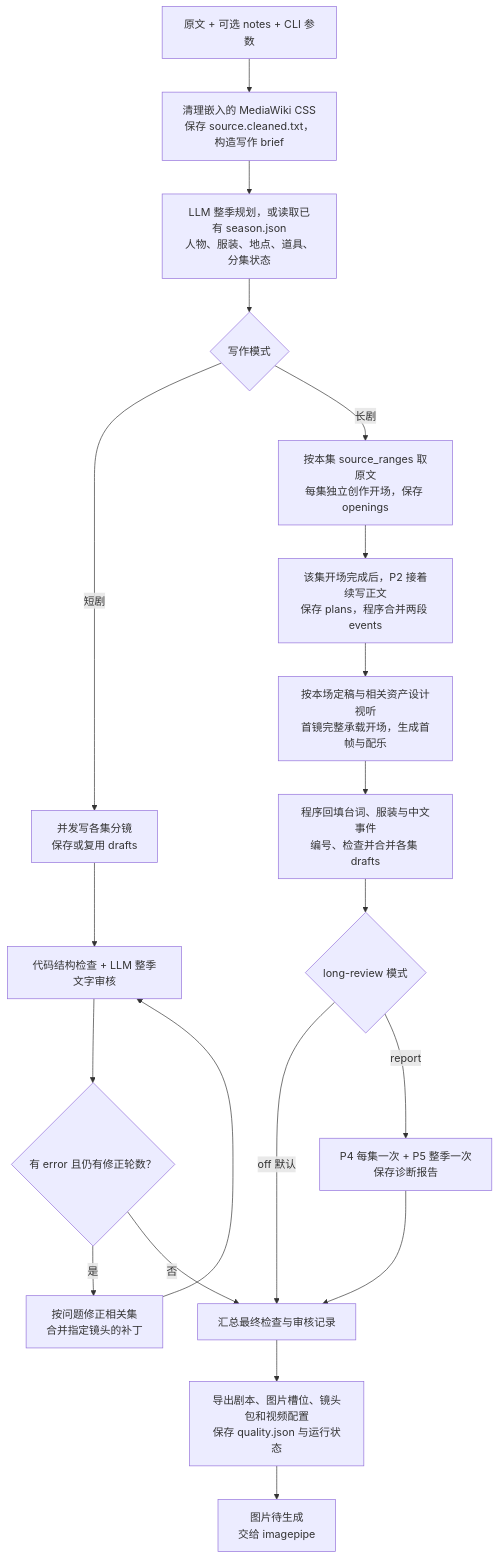
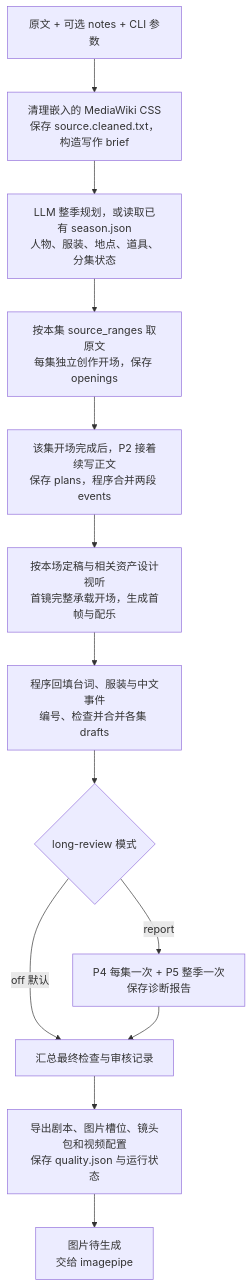
The first of 3 diagrams in docs/workflow.md (mtbnydx-dot/local-fully-automated-video-workflow), drawn with Mermaid before and after one commit. The commit also changed other lines of this file and 29 other files, not shown here.

````diff
--- a/docs/workflow.md
+++ b/docs/workflow.md
@@ -15,22 +15,15 @@
 ```mermaid
 flowchart TD
     S0["原文 + 可选 notes + CLI 参数"] --> S1["清理嵌入的 MediaWiki CSS<br/>保存 source.cleaned.txt，构造写作 brief"]
     S1 --> S2["LLM 整季规划，或读取已有 season.json<br/>人物、服装、地点、道具、分集状态"]
-    S2 --> S3{"写作模式"}
-    S3 -->|短剧| S4["并发写各集分镜<br/>保存或复用 drafts"]
-    S4 --> S5["代码结构检查 + LLM 整季文字审核"]
-    S5 --> S6{"有 error 且仍有修正轮数？"}
-    S6 -->|是| S7["按问题修正相关集<br/>合并指定镜头的补丁"]
-    S7 --> S5
-    S3 -->|长剧| SO["按本集 source_ranges 取原文<br/>每集独立创作开场，保存 openings"]
+    S2 --> SO["按本集 source_ranges 取原文<br/>每集独立创作开场，保存 openings"]
     SO --> S8["该集开场完成后，P2 接着续写正文<br/>保存 plans，程序合并两段 events"]
     S8 --> S9["按本场定稿与相关资产设计视听<br/>首镜完整承载开场，生成首帧与配乐"]
     S9 --> S10["程序回填台词、服装与中文事件<br/>编号、检查并合并各集 drafts"]
     S10 --> S11{"long-review 模式"}
-    S11 -->|off 默认| S15
+    S11 -->|off 默认| S15["汇总最终检查与审核记录"]
     S11 -->|report| S12["P4 每集一次 + P5 整季一次<br/>保存诊断报告"]
-    S6 -->|否| S15["汇总最终检查与审核记录"]
     S12 --> S15
     S15 --> S16["导出剧本、图片槽位、镜头包和视频配置<br/>保存 quality.json 与运行状态"]
     S16 --> S17["图片待生成<br/>交给 imagepipe"]
 ```
````
